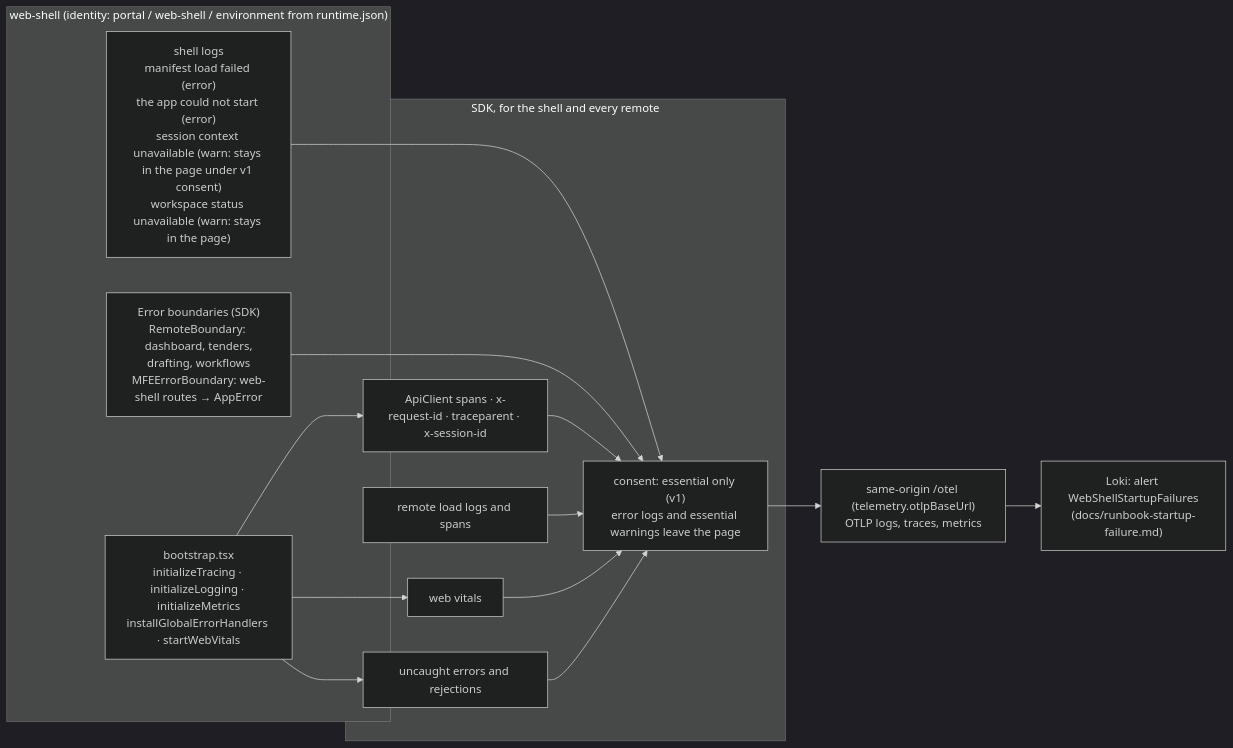
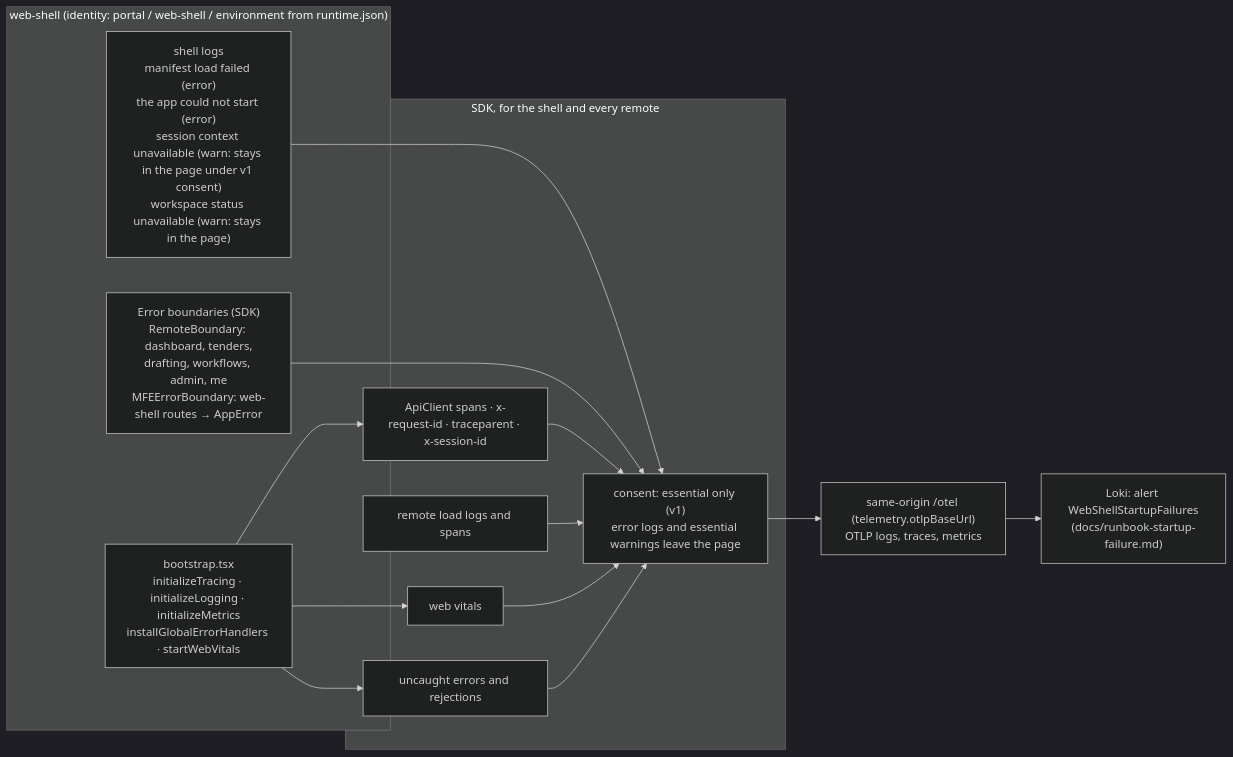
One commit to BCBP-SOLUTIONS-FZC-LLC/web-shell changed the diagram in docs/architecture/mermaid/observability-stack.mmd. Above: the diagram before and after it, drawn with Mermaid (dark theme). The commit also changed 26 other files, not shown here.

First line of the commit message:
Draw one header around every remote so users can reach each section, admin and their account (#80)

```diff
--- a/docs/architecture/mermaid/observability-stack.mmd
+++ b/docs/architecture/mermaid/observability-stack.mmd
@@ -1,26 +1,26 @@
 graph LR
     subgraph shell["web-shell (identity: portal / web-shell / environment from runtime.json)"]
         boot["bootstrap.tsx\ninitializeTracing · initializeLogging · initializeMetrics\ninstallGlobalErrorHandlers · startWebVitals"]
         logs["shell logs\nmanifest load failed (error)\nthe app could not start (error)\nsession context unavailable (warn: stays in the page under v1 consent)\nworkspace status unavailable (warn: stays in the page)"]
-        bnd["Error boundaries (SDK)\nRemoteBoundary: dashboard, tenders,\ndrafting, workflows\nMFEErrorBoundary: web-shell routes → AppError"]
+        bnd["Error boundaries (SDK)\nRemoteBoundary: dashboard, tenders,\ndrafting, workflows, admin, me\nMFEErrorBoundary: web-shell routes → AppError"]
     end
     subgraph sdk["SDK, for the shell and every remote"]
         api["ApiClient spans · x-request-id · traceparent · x-session-id"]
         mfe["remote load logs and spans"]
         vit["web vitals"]
         err["uncaught errors and rejections"]
         consent["consent: essential only (v1)\nerror logs and essential warnings leave the page"]
     end
     otel["same-origin /otel (telemetry.otlpBaseUrl)\nOTLP logs, traces, metrics"]
     loki["Loki: alert WebShellStartupFailures\n(docs/runbook-startup-failure.md)"]
     boot --> api
     boot --> vit
     boot --> err
     logs --> consent
     bnd --> consent
     api --> consent
     mfe --> consent
     vit --> consent
     err --> consent
     consent --> otel
     otel --> loki
```
